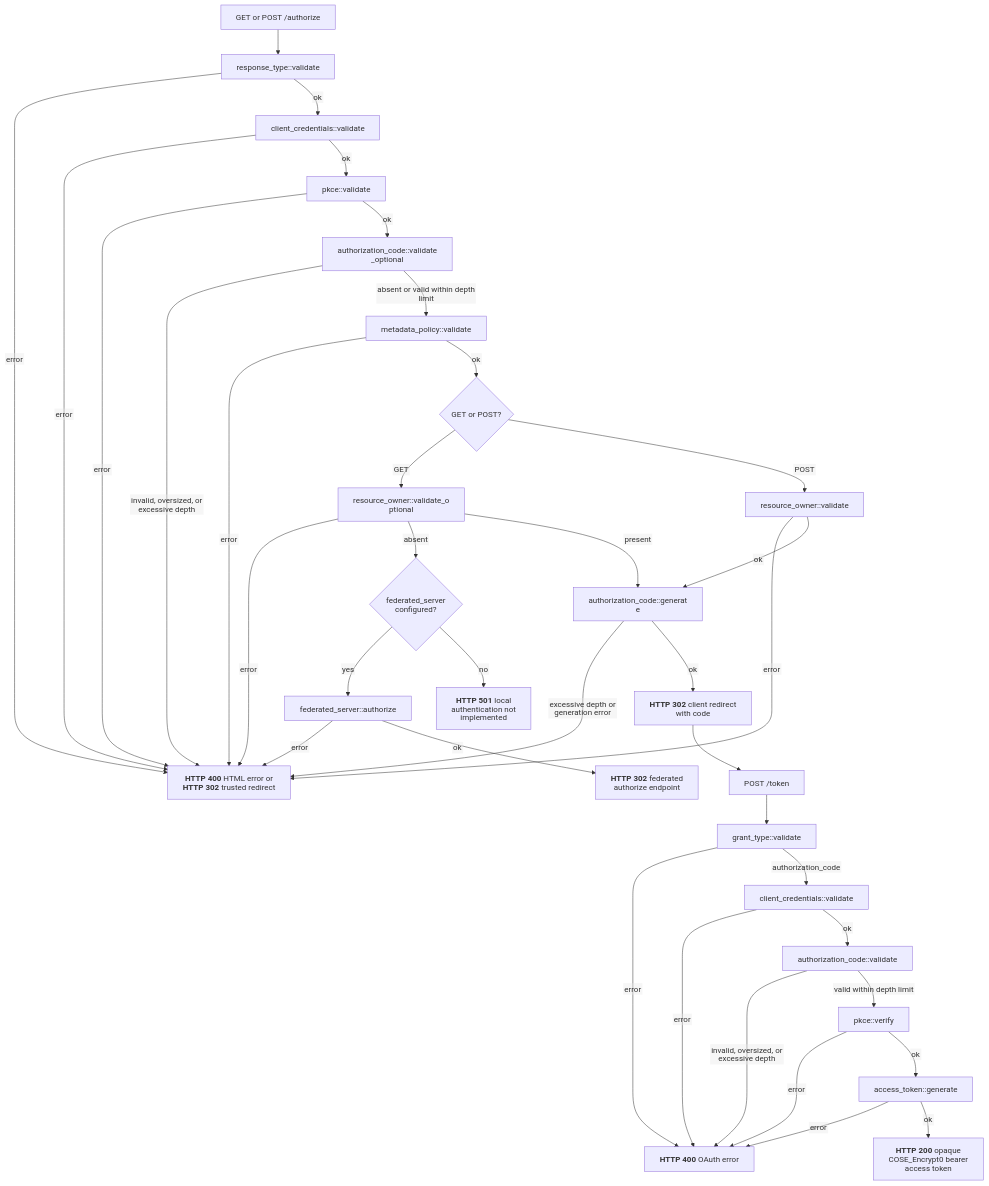
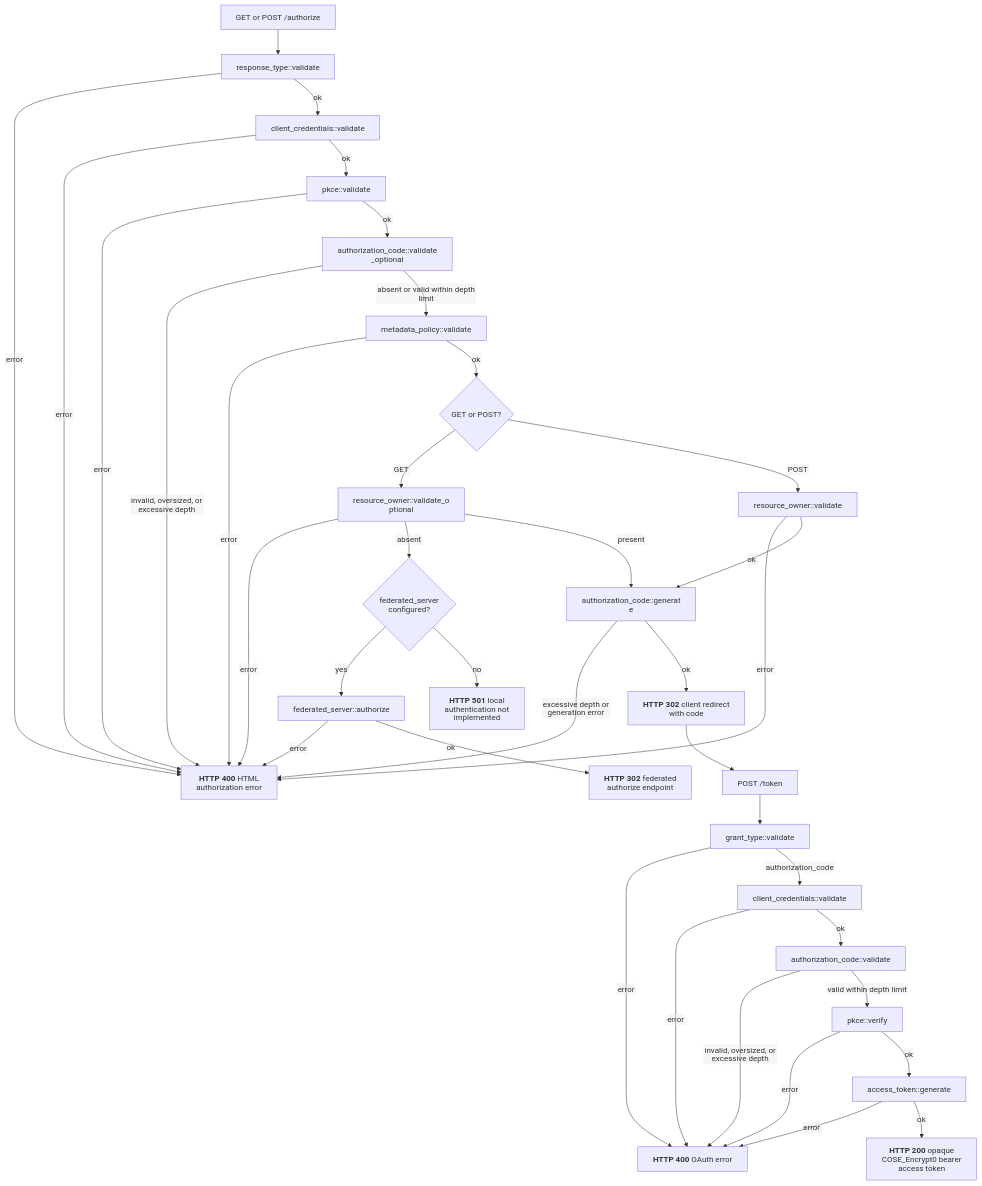
Before and after one commit to malach-it/kagome: the diagram in docs/flows/oauth/authorization_code.mmd, drawn with Mermaid. The commit also changed 39 other files, not shown here.

```diff
--- a/docs/flows/oauth/authorization_code.mmd
+++ b/docs/flows/oauth/authorization_code.mmd
@@ -1,38 +1,38 @@
 %%{init: {"htmlLabels": false, "flowchart": {"htmlLabels": false}}}%%
 flowchart TD
     start[GET or POST /authorize] --> response_type["response_type::validate"]
-    response_type -- error --> authorize_error["`**HTTP 400** HTML error or **HTTP 302** trusted redirect`"]
+    response_type -- error --> authorize_error["`**HTTP 400** HTML authorization error`"]
     response_type -- ok --> client["client_credentials::validate"]
     client -- error --> authorize_error
     client -- ok --> challenge["pkce::validate"]
     challenge -- error --> authorize_error
     challenge -- ok --> previous["authorization_code::validate_optional"]
     previous -- invalid, oversized, or excessive depth --> authorize_error
     previous -- absent or valid within depth limit --> policy["metadata_policy::validate"]
     policy -- error --> authorize_error
     policy -- ok --> method{GET or POST?}
     method -- GET --> owner_optional["resource_owner::validate_optional"]
     owner_optional -- error --> authorize_error
     owner_optional -- absent --> federation{federated_server configured?}
     federation -- yes --> federate["federated_server::authorize"]
     federate -- error --> authorize_error
     federate -- ok --> federated_redirect["`**HTTP 302** federated authorize endpoint`"]
     federation -- no --> not_implemented["`**HTTP 501** local authentication not implemented`"]
     owner_optional -- present --> issue
     method -- POST --> owner["resource_owner::validate"]
     owner -- error --> authorize_error
     owner -- ok --> issue["authorization_code::generate"]
     issue -- excessive depth or generation error --> authorize_error
     issue -- ok --> redirect["`**HTTP 302** client redirect with code`"]
     redirect --> token[POST /token]
     token --> grant["grant_type::validate"]
     grant -- error --> token_error["`**HTTP 400** OAuth error`"]
     grant -- authorization_code --> token_client["client_credentials::validate"]
     token_client -- error --> token_error
     token_client -- ok --> code["authorization_code::validate"]
     code -- invalid, oversized, or excessive depth --> token_error
     code -- valid within depth limit --> verifier["pkce::verify"]
     verifier -- error --> token_error
     verifier -- ok --> access["access_token::generate"]
     access -- error --> token_error
     access -- ok --> success["`**HTTP 200** opaque COSE_Encrypt0 bearer access token`"]
```
